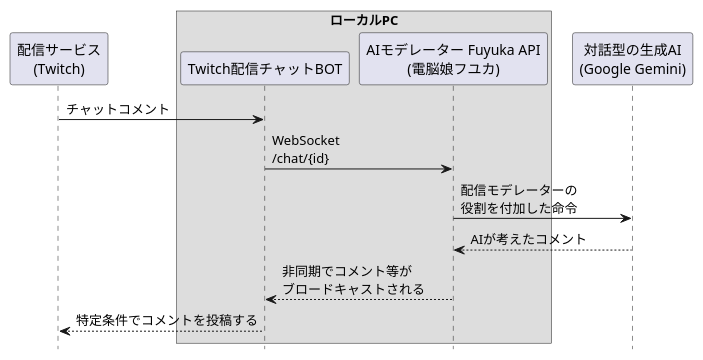
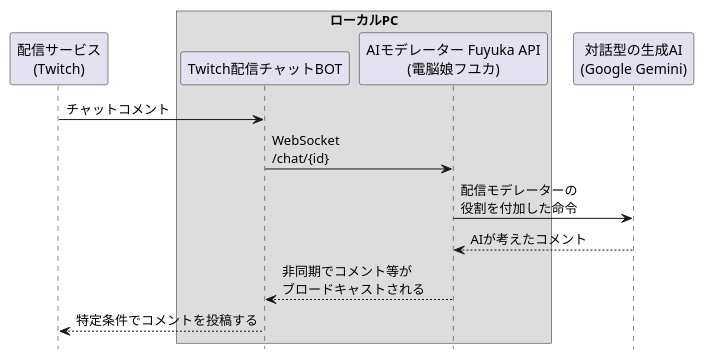
The diagram in uml/sequence_diagram.puml (natukin1978/twitch-chat-bot), drawn with PlantUML before and after one commit. The commit also changed 3 other files, not shown here.

Commit message:
The sequence diagram has been updated.

```diff
--- a/uml/sequence_diagram.puml
+++ b/uml/sequence_diagram.puml
@@ -1,18 +1,19 @@
 @startuml
-skinparam BoxPadding 15
+skinparam DefaultFontName BIZ UDPゴシック
+skinparam BoxPadding 16
 hide footbox
 
 participant "配信サービス\n(Twitch)" as TW
 box "ローカルPC"
 participant "Twitch配信チャットBOT" as TW_CB
 participant "AIモデレーター Fuyuka API\n(電脳娘フユカ)" as AFA
 end box
 participant "対話型の生成AI\n(Google Gemini)" as GGA
 
 TW -> TW_CB : チャットコメント
 TW_CB -> AFA : WebSocket\n/chat/{id}
 AFA -> GGA : 配信モデレーターの\n役割を付加した命令
 AFA <-- GGA : AIが考えたコメント
 TW_CB <-- AFA : 非同期でコメント等が\nブロードキャストされる
 TW <-- TW_CB : 特定条件でコメントを投稿する
 @enduml
```
